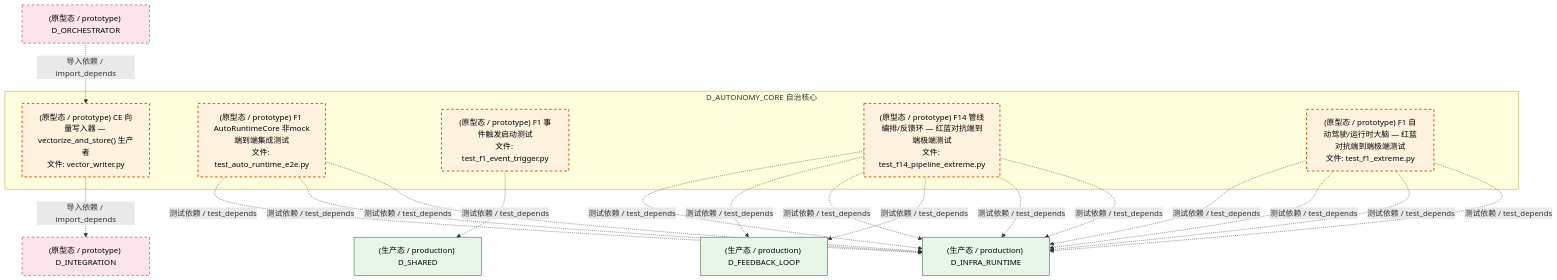
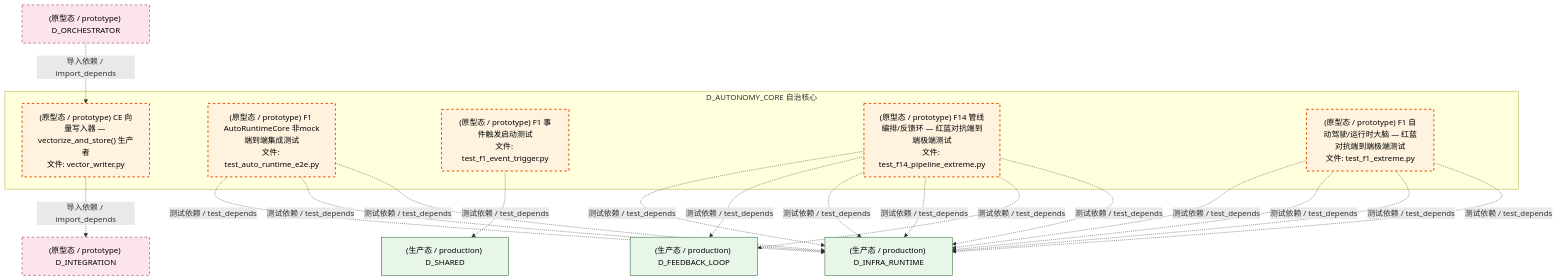
Before and after one commit to xuanFelixVan/ZephyrAlpha: the seventh of 8 diagrams in docs/02_enterprise_architecture/02_domain_architecture_docs/07_d_autonomy_core.md, drawn with Mermaid. The commit also changed other lines of this file and 100 other files, not shown here.

````diff
--- a/docs/02_enterprise_architecture/02_domain_architecture_docs/07_d_autonomy_core.md
+++ b/docs/02_enterprise_architecture/02_domain_architecture_docs/07_d_autonomy_core.md
@@ -763,38 +743,38 @@
 ```mermaid
 graph TD
     subgraph D_AUTONOMY_CORE["D_AUTONOMY_CORE 自治核心"]
         src_zephyr_integration_vector_memory_vector_writer_py["(原型态 / prototype) CE 向量写入器 — vectorize_and_store() 生产者<br/>文件: vector_writer.py"]
         tests_automation_test_auto_runtime_e2e_py["(原型态 / prototype) F1 AutoRuntimeCore 非mock端到端集成测试<br/>文件: test_auto_runtime_e2e.py"]
         tests_f_lifecycle_test_f1_event_trigger_py["(原型态 / prototype) F1 事件触发启动测试<br/>文件: test_f1_event_trigger.py"]
         tests_trading_extreme_test_f14_pipeline_extreme_py["(原型态 / prototype) F14 管线编排/反馈环 — 红蓝对抗端到端极端测试<br/>文件: test_f14_pipeline_extreme.py"]
         tests_trading_extreme_test_f1_extreme_py["(原型态 / prototype) F1 自动驾驶/运行时大脑 — 红蓝对抗端到端极端测试<br/>文件: test_f1_extreme.py"]
     end
     D_INFRA_RUNTIME["(生产态 / production) D_INFRA_RUNTIME"]
     tests_automation_test_auto_runtime_e2e_py -.->|测试依赖 / test_depends| D_INFRA_RUNTIME
     tests_trading_extreme_test_f14_pipeline_extreme_py -.->|测试依赖 / test_depends| D_INFRA_RUNTIME
     D_FEEDBACK_LOOP["(生产态 / production) D_FEEDBACK_LOOP"]
     tests_trading_extreme_test_f14_pipeline_extreme_py -.->|测试依赖 / test_depends| D_FEEDBACK_LOOP
     D_SHARED["(生产态 / production) D_SHARED"]
     tests_f_lifecycle_test_f1_event_trigger_py -.->|测试依赖 / test_depends| D_SHARED
     tests_trading_extreme_test_f14_pipeline_extreme_py -.->|测试依赖 / test_depends| D_INFRA_RUNTIME
     tests_trading_extreme_test_f1_extreme_py -.->|测试依赖 / test_depends| D_INFRA_RUNTIME
     tests_trading_extreme_test_f1_extreme_py -.->|测试依赖 / test_depends| D_INFRA_RUNTIME
-    tests_automation_test_auto_runtime_e2e_py -.->|测试依赖 / test_depends| D_INFRA_RUNTIME
-    tests_trading_extreme_test_f14_pipeline_extreme_py -.->|测试依赖 / test_depends| D_FEEDBACK_LOOP
-    tests_trading_extreme_test_f1_extreme_py -.->|测试依赖 / test_depends| D_INFRA_RUNTIME
     D_INTEGRATION["(原型态 / prototype) D_INTEGRATION"]
     src_zephyr_integration_vector_memory_vector_writer_py -.->|导入依赖 / import_depends| D_INTEGRATION
     tests_trading_extreme_test_f14_pipeline_extreme_py -.->|测试依赖 / test_depends| D_INFRA_RUNTIME
+    tests_trading_extreme_test_f1_extreme_py -.->|测试依赖 / test_depends| D_INFRA_RUNTIME
+    tests_automation_test_auto_runtime_e2e_py -.->|测试依赖 / test_depends| D_INFRA_RUNTIME
+    tests_trading_extreme_test_f14_pipeline_extreme_py -.->|测试依赖 / test_depends| D_FEEDBACK_LOOP
     tests_trading_extreme_test_f14_pipeline_extreme_py -.->|测试依赖 / test_depends| D_INFRA_RUNTIME
     tests_automation_test_auto_runtime_e2e_py -.->|测试依赖 / test_depends| D_INFRA_RUNTIME
     tests_trading_extreme_test_f1_extreme_py -.->|测试依赖 / test_depends| D_INFRA_RUNTIME
     D_ORCHESTRATOR["(原型态 / prototype) D_ORCHESTRATOR"]
     D_ORCHESTRATOR -.->|导入依赖 / import_depends| src_zephyr_integration_vector_memory_vector_writer_py
     classDef production fill:#e1f5fe,stroke:#01579b,stroke-width:2px,color:#000
     classDef design fill:#fff3e0,stroke:#e65100,stroke-width:2px,color:#000,stroke-dasharray: 5 5
     classDef external_prod fill:#e8f5e9,stroke:#1b5e20,stroke-width:1px,color:#000
     classDef external_design fill:#fce4ec,stroke:#880e4f,stroke-width:1px,color:#000,stroke-dasharray: 5 5
     class src_zephyr_integration_vector_memory_vector_writer_py,tests_automation_test_auto_runtime_e2e_py,tests_f_lifecycle_test_f1_event_trigger_py,tests_trading_extreme_test_f14_pipeline_extreme_py,tests_trading_extreme_test_f1_extreme_py design
     class D_INFRA_RUNTIME,D_FEEDBACK_LOOP,D_SHARED external_prod
     class D_INTEGRATION,D_ORCHESTRATOR external_design
 ```
````
